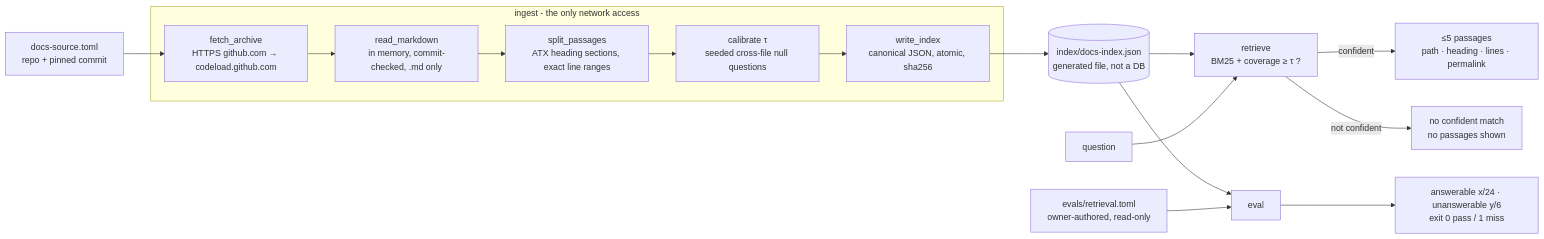
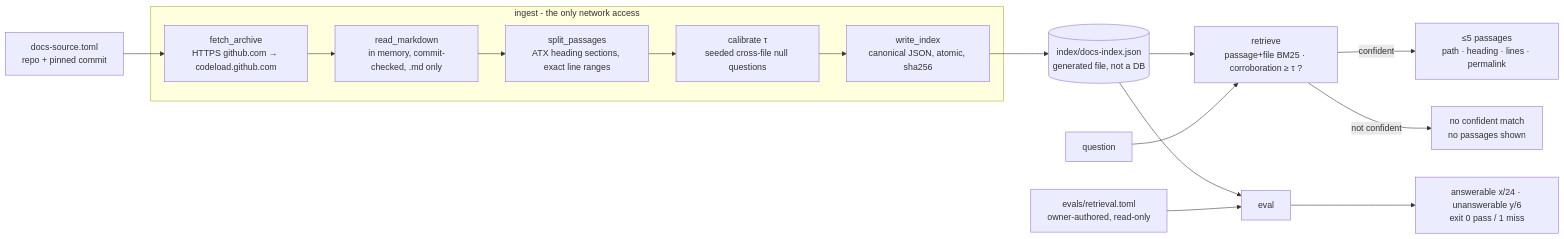
One commit to gpatwa/aveto-support changed the diagram in docs/ARCHITECTURE.md. Above: the diagram before and after it, drawn with Mermaid. The commit also changed other lines of this file and 5 other files, not shown here.

First line of the commit message:
docs-retrieval-core: Architect's v2 (lexical) pre-registered; owner picks freeze-first held-out gate

````diff
--- a/docs/ARCHITECTURE.md
+++ b/docs/ARCHITECTURE.md
@@ -40,18 +42,18 @@
 ```mermaid
 flowchart LR
   cfg[docs-source.toml<br/>repo + pinned commit] --> fetch
   subgraph ingest [ingest - the only network access]
     fetch[fetch_archive<br/>HTTPS github.com → codeload.github.com] --> read[read_markdown<br/>in memory, commit-checked, .md only]
     read --> split[split_passages<br/>ATX heading sections, exact line ranges]
     split --> cal[calibrate τ<br/>seeded cross-file null questions]
     cal --> write[write_index<br/>canonical JSON, atomic, sha256]
   end
   write --> idx[(index/docs-index.json<br/>generated file, not a DB)]
   idx --> retrieve
-  q[question] --> retrieve[retrieve<br/>BM25 + coverage ≥ τ ?]
+  q[question] --> retrieve[retrieve<br/>passage+file BM25 · corroboration ≥ τ ?]
   retrieve -->|confident| hits[≤5 passages<br/>path · heading · lines · permalink]
   retrieve -->|not confident| none[no confident match<br/>no passages shown]
   idx --> evalc[eval]
   evals[evals/retrieval.toml<br/>owner-authored, read-only] --> evalc
   evalc --> score[answerable x/24 · unanswerable y/6<br/>exit 0 pass / 1 miss]
 ```
````
